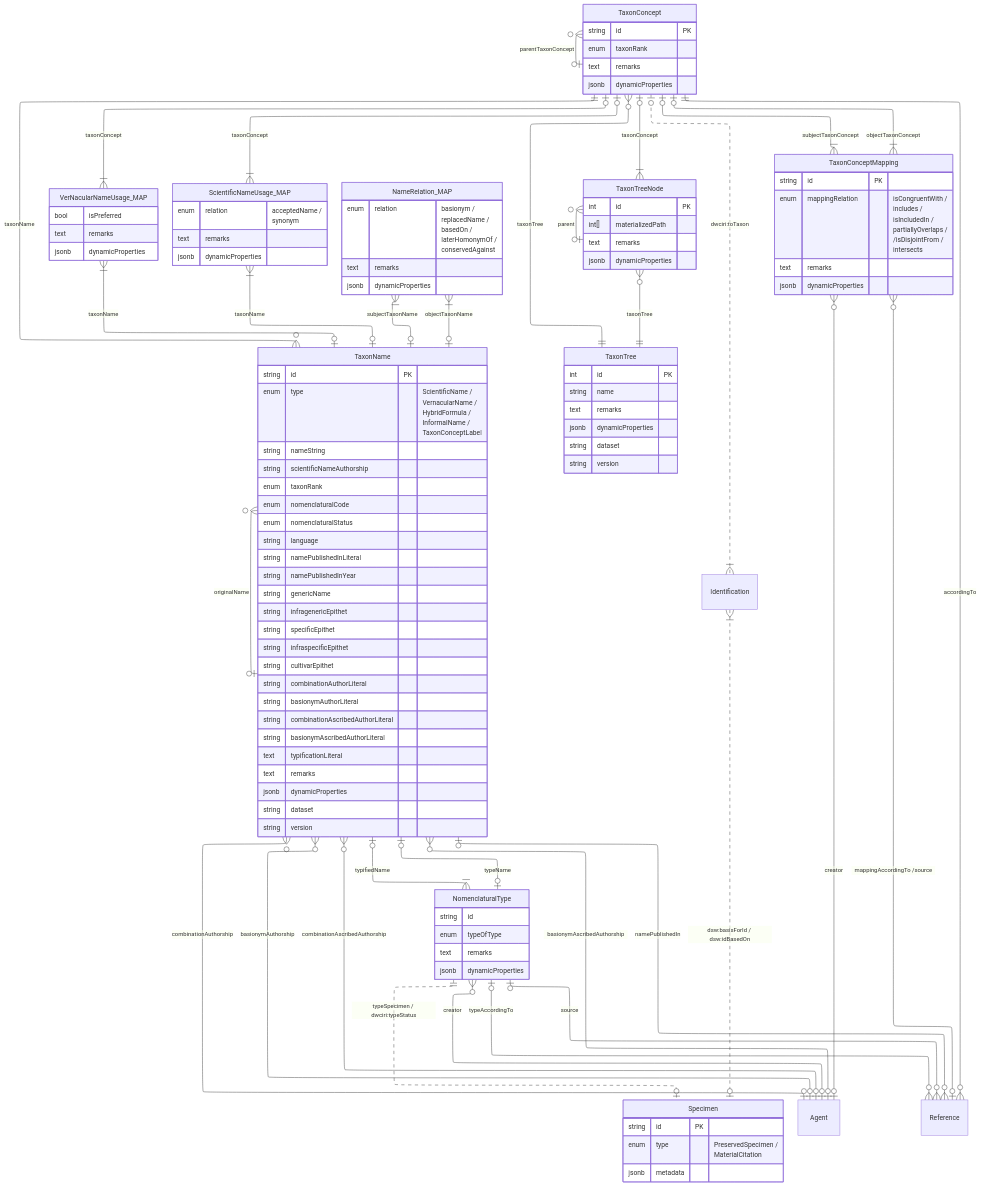
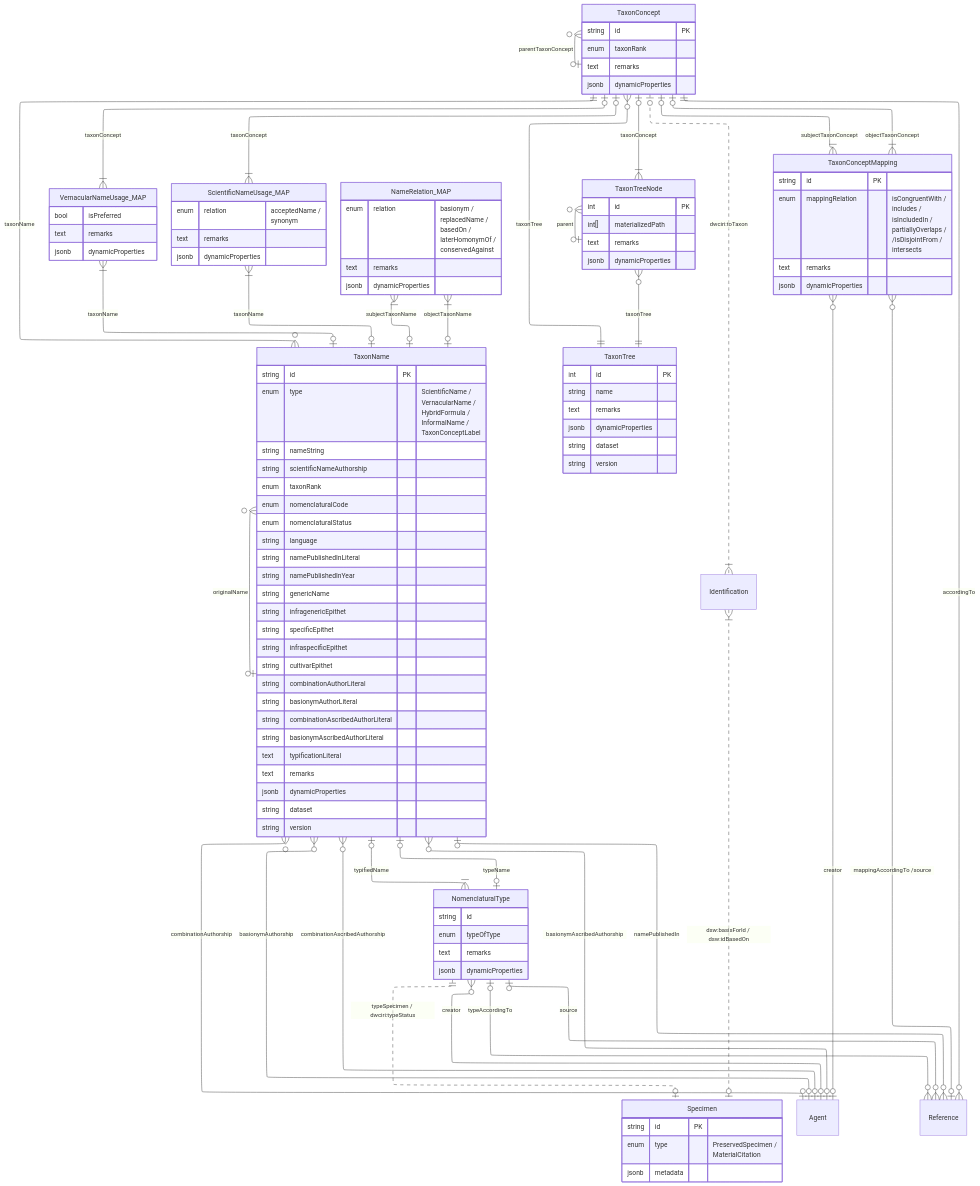
One commit to vicflora/vicflora-docs changed the diagram in source/_mermaid/tcs-dp.mmd. Above: the diagram before and after it, drawn with Mermaid.

Commit message:
Commit uncommitted  changes before deployment

```diff
--- a/source/_mermaid/tcs-dp.mmd
+++ b/source/_mermaid/tcs-dp.mmd
@@ -1,129 +1,129 @@
 ---
 config:
     layout: elk
 ---
 erDiagram
     TaxonConcept }o--o| TaxonConcept : "parentTaxonConcept"
     TaxonConcept ||--o{ TaxonName : "taxonName"
-    TaxonConcept |o--|{ VerNacularNameUsage_MAP : "taxonConcept"
-    VerNacularNameUsage_MAP }|--o| TaxonName : "taxonName"
+    TaxonConcept |o--|{ VernacularNameUsage_MAP : "taxonConcept"
+    VernacularNameUsage_MAP }|--o| TaxonName : "taxonName"
     TaxonConcept |o--|{ ScientificNameUsage_MAP : "taxonConcept"
     ScientificNameUsage_MAP }|--o| TaxonName : "taxonName"
     TaxonName }o--o| TaxonName : "originalName"
     TaxonName |o--|{ NameRelation_MAP : "subjectTaxonName"
     NameRelation_MAP }|--o| TaxonName : "objectTaxonName"
     TaxonConcept }o--|| TaxonTree : "taxonTree"
     TaxonConcept |o--|{ TaxonTreeNode : "taxonConcept"
     TaxonTreeNode }o--o| TaxonTreeNode : "parent"
     TaxonTreeNode }o--|| TaxonTree : "taxonTree" 
     TaxonName |o--|{ NomenclaturalType : "typifiedName"
     NomenclaturalType |o--o| TaxonName : "typeName"
     NomenclaturalType ||..o| Specimen : "typeSpecimen / dwciri:typeStatus"
     TaxonConcept |o--|{ TaxonConceptMapping : subjectTaxonConcept
     TaxonConceptMapping }|--o| TaxonConcept : objectTaxonConcept
 
     TaxonConcept |o..|{ Identification : "dwciri:toTaxon"
 
     TaxonName }o--o| Agent : combinationAuthorship
     TaxonName }o--o| Agent : basionymAuthorship
     TaxonName }o--o| Agent : combinationAscribedAuthorship
     TaxonName }o--o| Agent : basionymAscribedAuthorship
 
     TaxonConcept ||--o{ Reference : accordingTo
     TaxonConceptMapping }o--o| Reference : "mappingAccordingTo /source"
     TaxonName |o--o{ Reference : namePublishedIn
     NomenclaturalType |o--o{ Reference : typeAccordingTo
     NomenclaturalType |o--o{ Reference : source
 
     TaxonConceptMapping }o--o| Agent : creator
     NomenclaturalType }o--o| Agent : creator
 
     Identification }|..o| Specimen : "dsw:basisForId / dsw:idBasedOn"
 
     TaxonConcept {
         string id PK
         enum taxonRank
         text remarks
         jsonb dynamicProperties
     }
 
     TaxonName {
         string id PK
         enum type "ScientificName /<br>VernacularName /<br>HybridFormula /<br>InformalName /<br>TaxonConceptLabel"
         string nameString
         string scientificNameAuthorship
         enum taxonRank
         enum nomenclaturalCode
         enum nomenclaturalStatus
         string language
         string namePublishedInLiteral
         string namePublishedInYear
         string genericName
         string infragenericEpithet
         string specificEpithet
         string infraspecificEpithet
         string cultivarEpithet
         string combinationAuthorLiteral
         string basionymAuthorLiteral
         string combinationAscribedAuthorLiteral
         string basionymAscribedAuthorLiteral
         text typificationLiteral
         text remarks
         jsonb dynamicProperties
         string dataset
         string version
     }
 
     ScientificNameUsage_MAP {
         enum relation "acceptedName /<br>synonym"
         text remarks
         jsonb dynamicProperties
     }
 
     NameRelation_MAP {
         enum relation "basionym /<br>replacedName /<br>basedOn /<br>laterHomonymOf /<br>conservedAgainst"
         text remarks
         jsonb dynamicProperties
     }
 
     TaxonTreeNode {
         int id PK
         int[] materializedPath
         text remarks
         jsonb dynamicProperties
     }
 
     TaxonTree {
         int id PK
         string name
         text remarks
         jsonb dynamicProperties
         string dataset
         string version
     }
 
     TaxonConceptMapping {
         string id PK
         enum mappingRelation "isCongruentWith /<br>includes /<br>isIncludedIn /<br>partiallyOverlaps /<br>/isDisjointFrom /<br>intersects"
         text remarks
         jsonb dynamicProperties
     }
 
     NomenclaturalType {
         string id
         enum typeOfType
         text remarks
         jsonb dynamicProperties
     }
 
-    VerNacularNameUsage_MAP {
+    VernacularNameUsage_MAP {
         bool isPreferred
         text remarks
         jsonb dynamicProperties
     }
 
     Specimen {
         string id PK
         enum type "PreservedSpecimen /<br>MaterialCitation"
         jsonb metadata
     }
```
